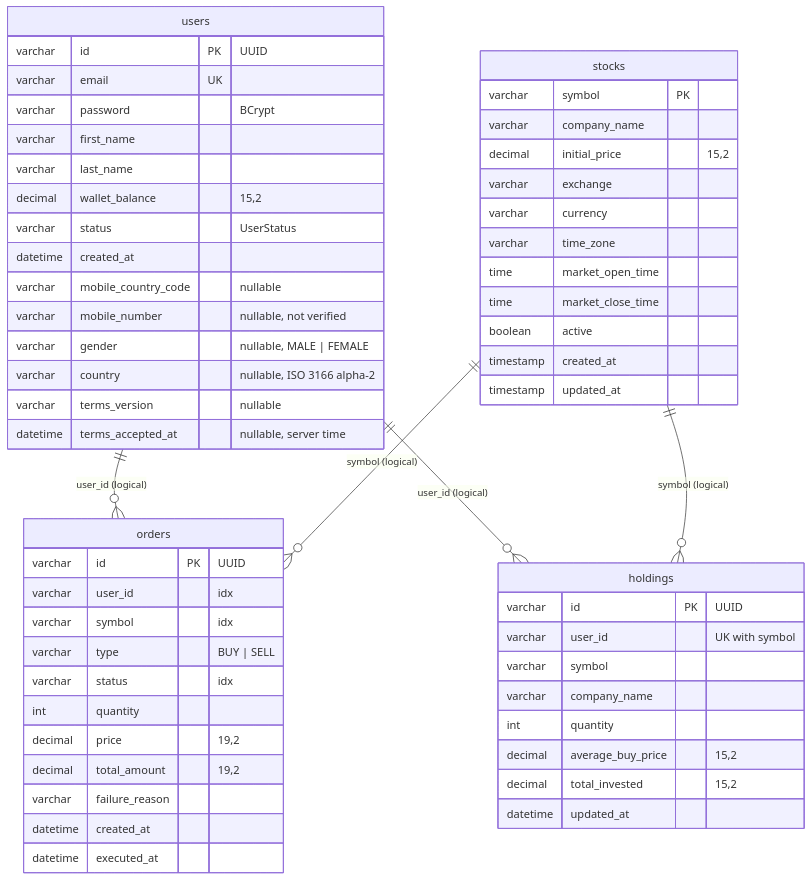
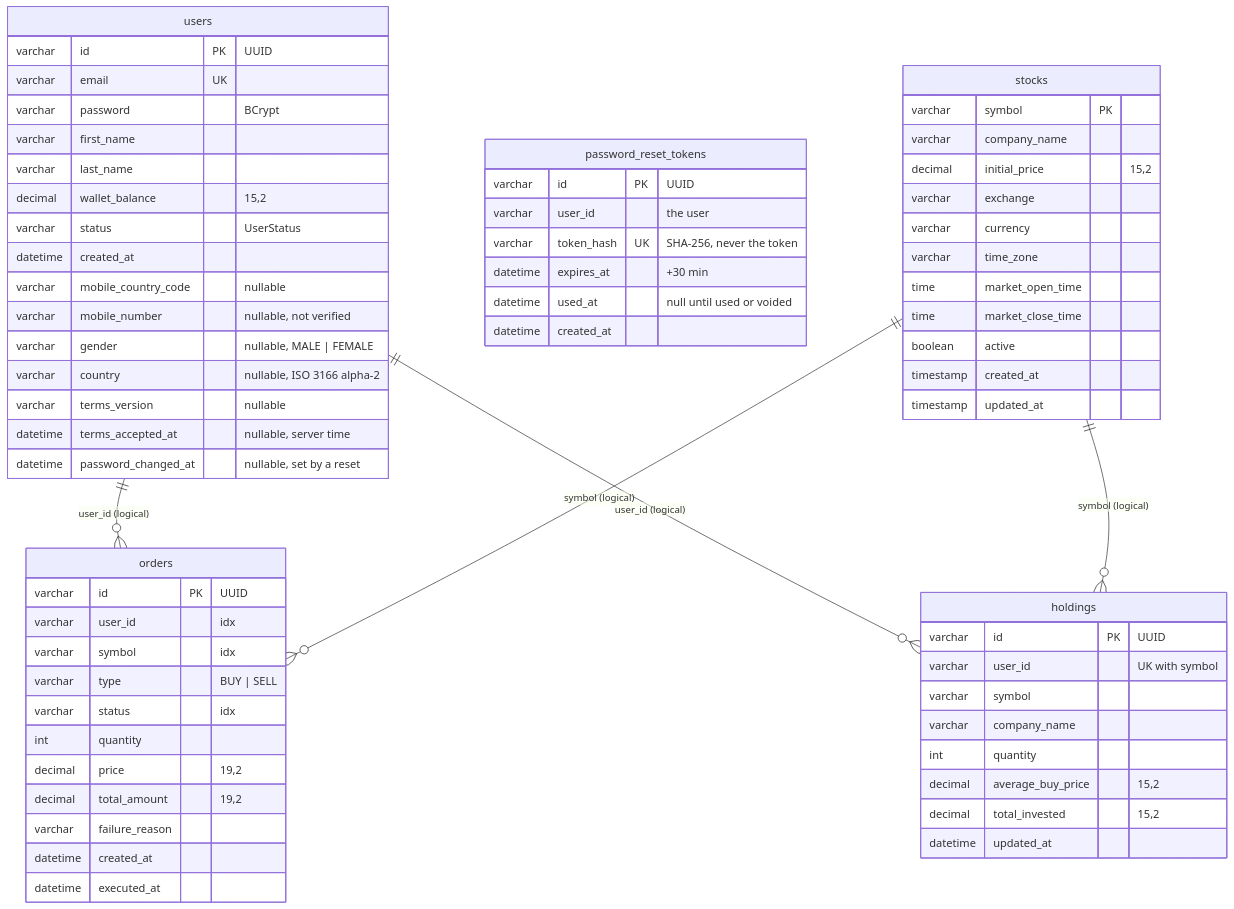
One commit to reddyshankarprogrammer/stock-market-system changed the sixth of 6 diagrams in docs/technical-documentation.md. Above: the diagram before and after it, drawn with Mermaid. The commit also changed other lines of this file and 36 other files, not shown here.

````diff
--- a/docs/technical-documentation.md
+++ b/docs/technical-documentation.md
@@ -361,59 +361,68 @@
 ```mermaid
 erDiagram
     users {
         varchar id PK "UUID"
         varchar email UK
         varchar password "BCrypt"
         varchar first_name
         varchar last_name
         decimal wallet_balance "15,2"
         varchar status "UserStatus"
         datetime created_at
         varchar mobile_country_code "nullable"
         varchar mobile_number "nullable, not verified"
         varchar gender "nullable, MALE | FEMALE"
         varchar country "nullable, ISO 3166 alpha-2"
         varchar terms_version "nullable"
         datetime terms_accepted_at "nullable, server time"
+        datetime password_changed_at "nullable, set by a reset"
+    }
+    password_reset_tokens {
+        varchar id PK "UUID"
+        varchar user_id "the user"
+        varchar token_hash UK "SHA-256, never the token"
+        datetime expires_at "+30 min"
+        datetime used_at "null until used or voided"
+        datetime created_at
     }
     orders {
         varchar id PK "UUID"
         varchar user_id "idx"
         varchar symbol "idx"
         varchar type "BUY | SELL"
         varchar status "idx"
         int quantity
         decimal price "19,2"
         decimal total_amount "19,2"
         varchar failure_reason
         datetime created_at
         datetime executed_at
     }
     holdings {
         varchar id PK "UUID"
         varchar user_id "UK with symbol"
         varchar symbol
         varchar company_name
         int quantity
         decimal average_buy_price "15,2"
         decimal total_invested "15,2"
         datetime updated_at
     }
     stocks {
         varchar symbol PK
         varchar company_name
         decimal initial_price "15,2"
         varchar exchange
         varchar currency
         varchar time_zone
         time market_open_time
         time market_close_time
         boolean active
         timestamp created_at
         timestamp updated_at
     }
     users ||--o{ orders : "user_id (logical)"
     users ||--o{ holdings : "user_id (logical)"
     stocks ||--o{ orders : "symbol (logical)"
     stocks ||--o{ holdings : "symbol (logical)"
 ```
````
